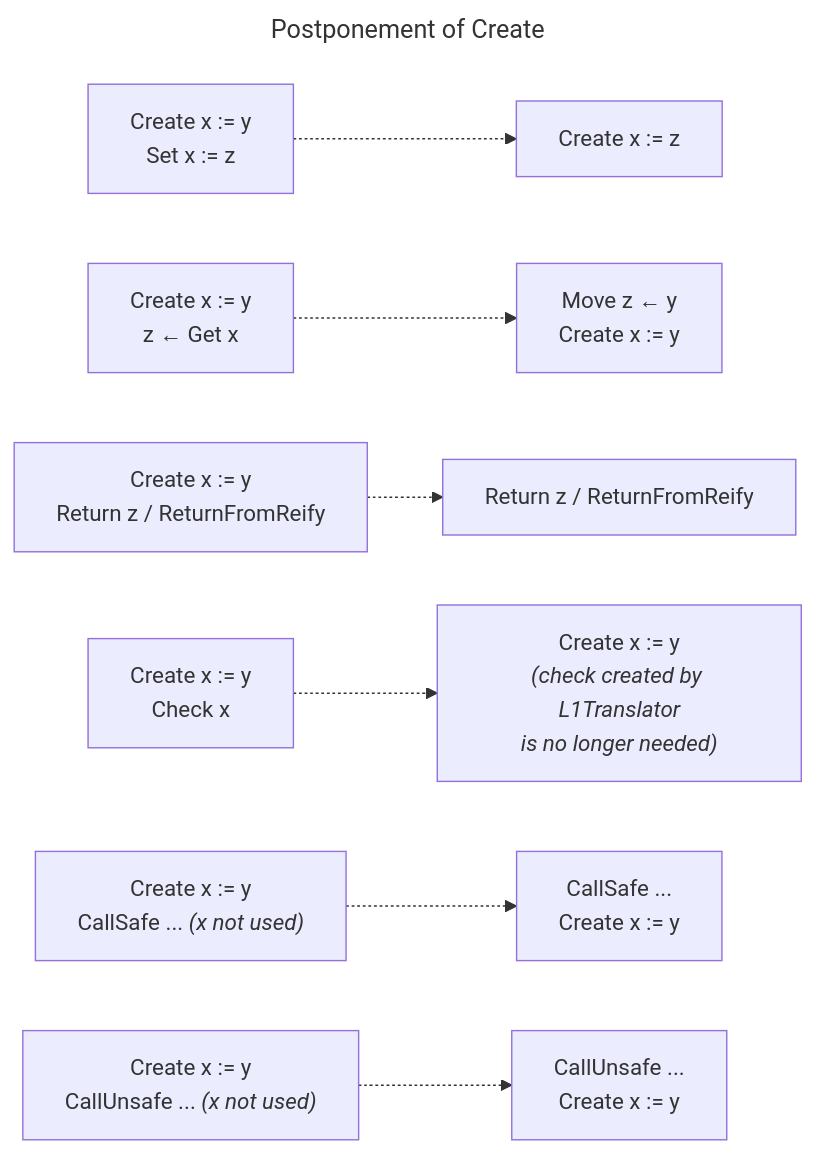
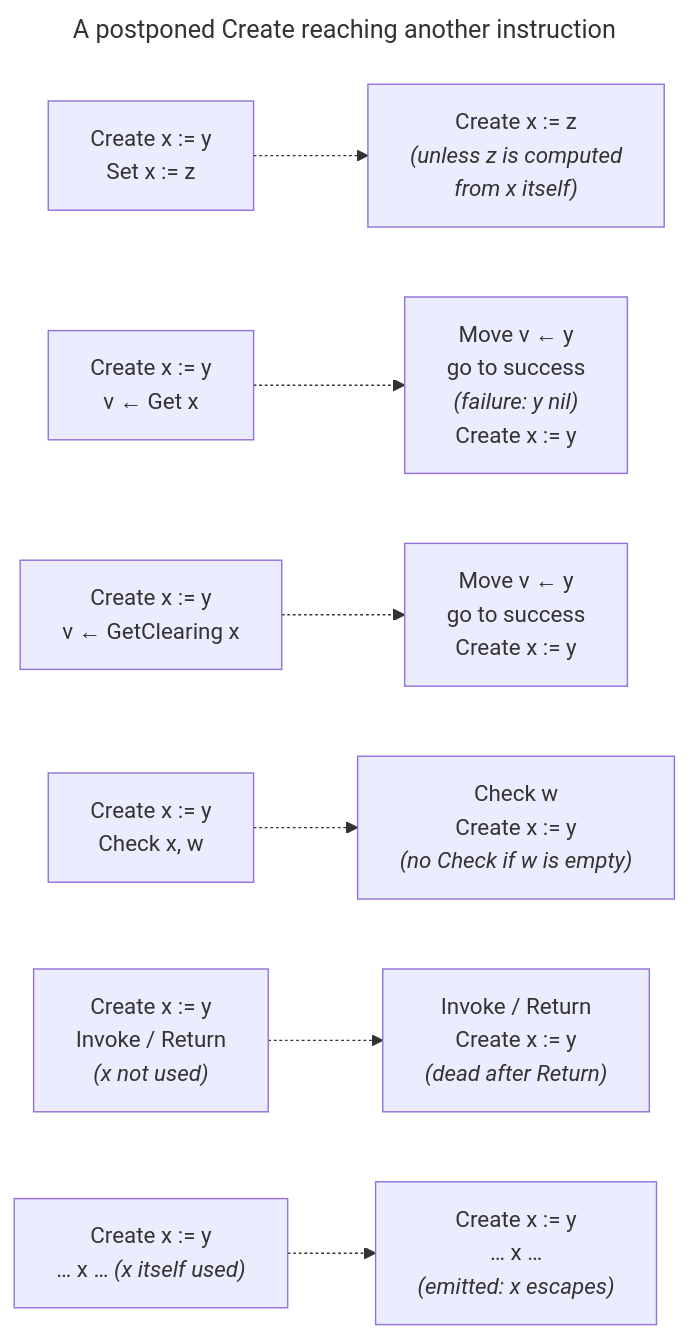
Before and after one commit to AvailLang/Avail: the first of 3 diagrams in avail/doc/Optimization/Level_Two/Variable_elision.md, drawn with Mermaid. The commit also changed other lines of this file and 10 other files, not shown here.

````diff
--- a/avail/doc/Optimization/Level_Two/Variable_elision.md
+++ b/avail/doc/Optimization/Level_Two/Variable_elision.md
@@ -71,18 +117,21 @@
 ```mermaid
 ---
-title: Postponement of Create
+title: A postponed Create reaching another instruction
 ---
 flowchart LR
  Set["Create x := y<br>Set x := z"]
- Set .-> Set'["Create x := z"]
- Get["Create x := y<br>z ← Get x"]
- Get .-> Get'["Move z ← y<br>Create x := y"]
- Return["Create x := y<br>Return z / ReturnFromReify"]
- Return .-> Return'["Return z / ReturnFromReify"]
- Check["Create x := y<br>Check x"]
- Check .-> Check'["Create x := y<br><i>(check created by L1Translator<br>is no longer needed)</i>"]
- CallSafe["Create x := y<br>CallSafe ... <i>(x not used)</i>"]
- CallSafe .-> CallSafe'["CallSafe ...<br>Create x := y"]
- CallUnsafe["Create x := y<br>CallUnsafe ... <i>(x not used)</i>"]
- CallUnsafe .-> CallUnsafe'["CallUnsafe ...<br>Create x := y"]
+ Set .-> Set'["Create x := z<br><i>(unless z is computed<br>from x itself)</i>"]
+ Get["Create x := y<br>v ← Get x"]
+ Get'["Move v ← y<br>go to success<br><i>(failure: y nil)</i><br>Create x := y"]
+ Get .-> Get'
+ Clear["Create x := y<br>v ← GetClearing x"]
+ Clear .-> Clear'["Move v ← y<br>go to success<br>Create x := y"]
+ Check["Create x := y<br>Check x, w"]
+ Check'["Check w<br>Create x := y<br><i>(no Check if w is empty)</i>"]
+ Check .-> Check'
+ Call["Create x := y<br>Invoke / Return<br><i>(x not used)</i>"]
+ Call'["Invoke / Return<br>Create x := y<br><i>(dead after Return)</i>"]
+ Call .-> Call'
+ Use["Create x := y<br>… x … <i>(x itself used)</i>"]
+ Use .-> Use'["Create x := y<br>… x …<br><i>(emitted: x escapes)</i>"]
 ```
````
